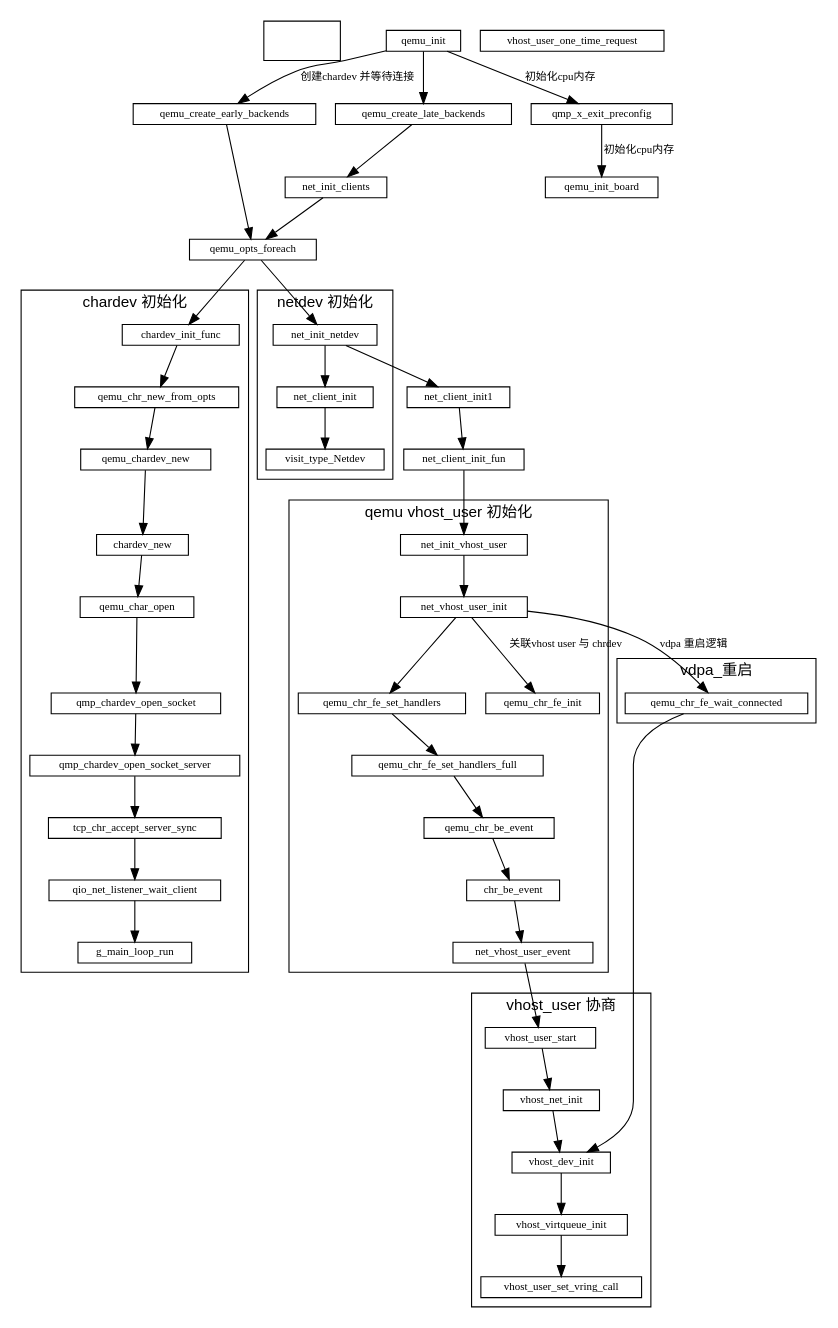
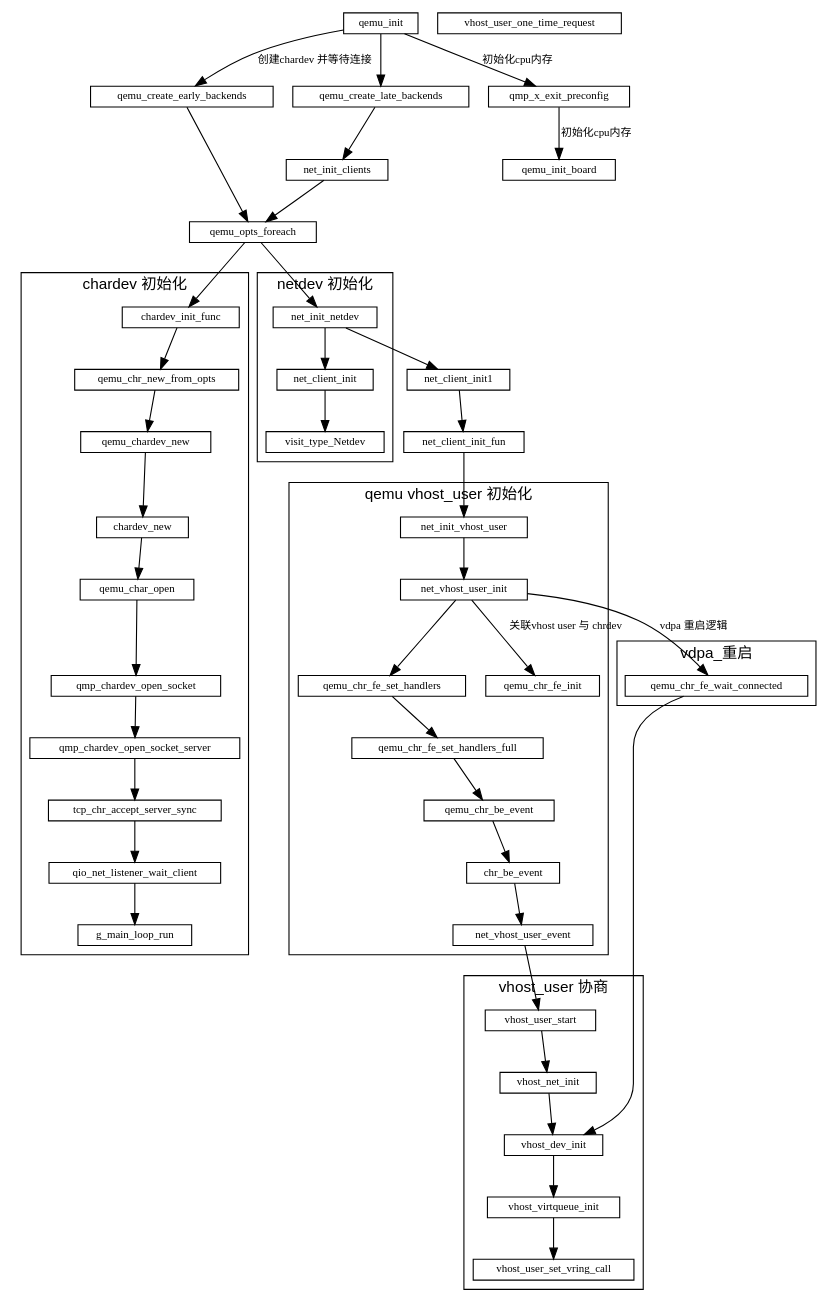
One commit to sisyphus1212/note changed the diagram in qemu/qemu初始化.md. Above: the diagram before and after it, drawn with Graphviz.

Commit message:
auto_update

```diff
--- a/qemu/qemu初始化.md
+++ b/qemu/qemu初始化.md
@@ -16,11 +16,6 @@
     //rankdir="LR"
     node [fontsize=10, shape=record, height=0.25]
     edge [fontsize=10]
-
-    subgraph  {
-        cluster=true
-        fd  [style = invis]
-    }
 
     qemu_init -> qemu_create_early_backends[label="创建chardev 并等待连接"]
                  qemu_create_early_backends
```
